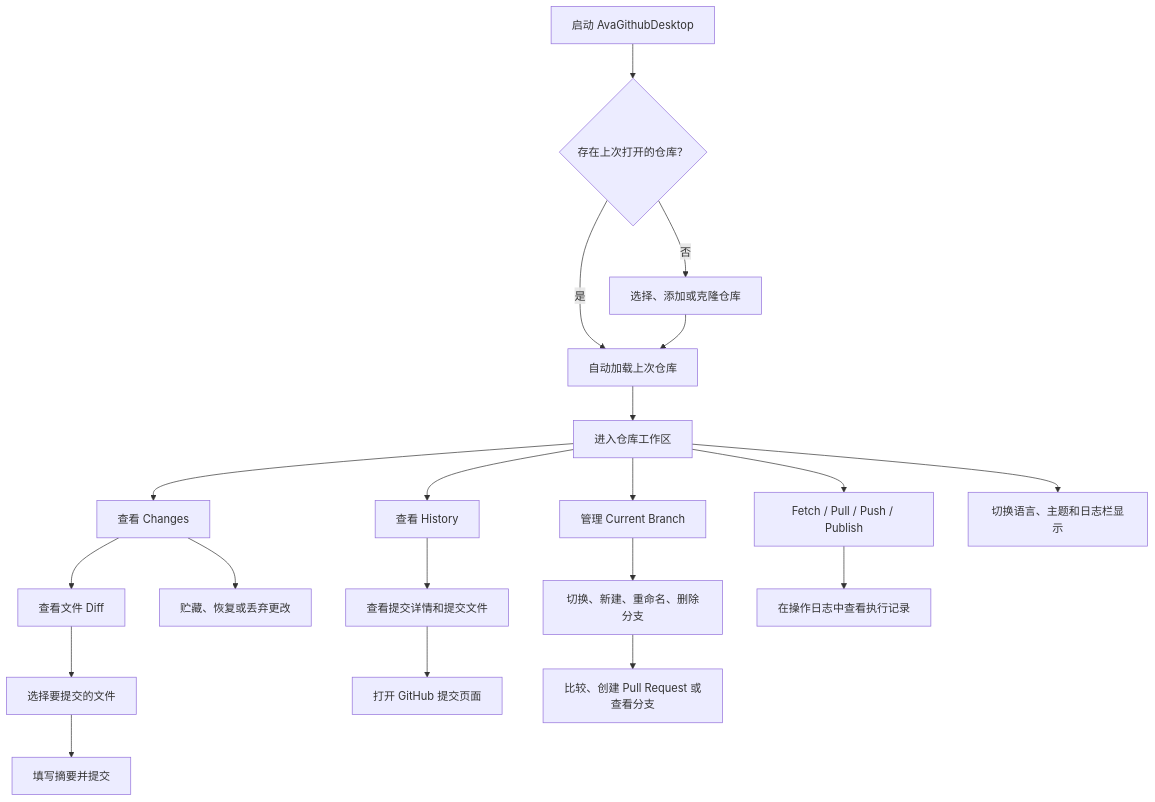
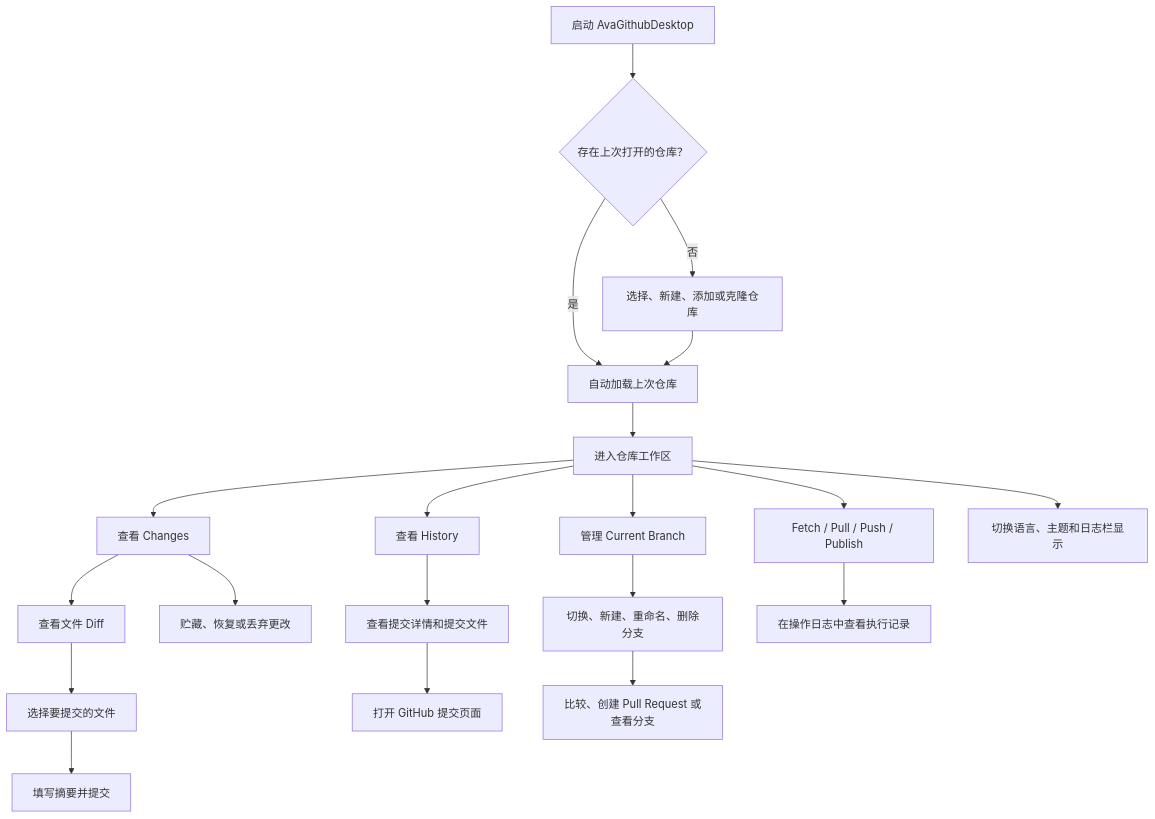
Before and after one commit to dotnet9/AvaGithubDesktop: the diagram in docs/AvaGithubDesktop需求文档.md, drawn with Mermaid. The commit also changed other lines of this file and 19 other files, not shown here.

Commit message:
feat: add new repository flow

````diff
--- a/docs/AvaGithubDesktop需求文档.md
+++ b/docs/AvaGithubDesktop需求文档.md
@@ -34,22 +34,22 @@
 ```mermaid
 flowchart TD
     Start["启动 AvaGithubDesktop"] --> Restore{"存在上次打开的仓库？"}
     Restore -->|是| LoadRepo["自动加载上次仓库"]
-    Restore -->|否| PickRepo["选择、添加或克隆仓库"]
+    Restore -->|否| PickRepo["选择、新建、添加或克隆仓库"]
     PickRepo --> LoadRepo
     LoadRepo --> Workspace["进入仓库工作区"]
     Workspace --> Changes["查看 Changes"]
     Workspace --> History["查看 History"]
     Workspace --> Branch["管理 Current Branch"]
     Workspace --> Sync["Fetch / Pull / Push / Publish"]
     Changes --> ReviewDiff["查看文件 Diff"]
     ReviewDiff --> SelectFiles["选择要提交的文件"]
     SelectFiles --> Commit["填写摘要并提交"]
     Changes --> Stash["贮藏、恢复或丢弃更改"]
     History --> CommitDetail["查看提交详情和提交文件"]
     CommitDetail --> OpenCommit["打开 GitHub 提交页面"]
     Branch --> BranchOps["切换、新建、重命名、删除分支"]
     BranchOps --> BranchGitHub["比较、创建 Pull Request 或查看分支"]
     Sync --> OperationLog["在操作日志中查看执行记录"]
     Workspace --> Settings["切换语言、主题和日志栏显示"]
 ```
````
